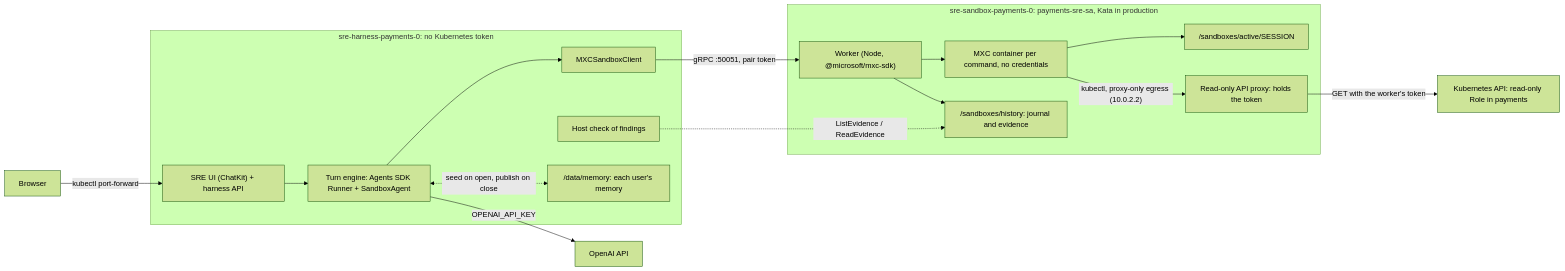
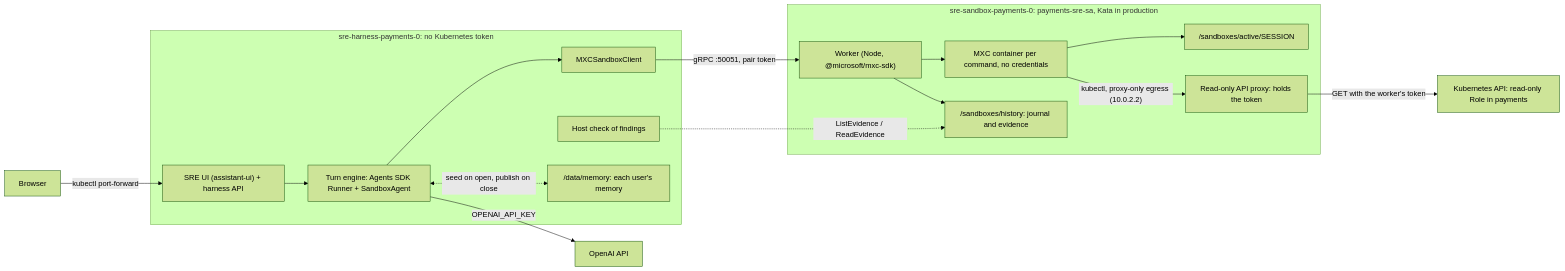
The diagram in docs/architecture.md (SatyKrish/openai-agent-microsandbox), drawn with Mermaid (forest theme) before and after one commit. The commit also changed other lines of this file and 29 other files, not shown here.

````diff
--- a/docs/architecture.md
+++ b/docs/architecture.md
@@ -11,22 +11,22 @@
 ```mermaid
 flowchart LR
     Browser -->|kubectl port-forward| UI
     subgraph Harness["sre-harness-payments-0: no Kubernetes token"]
-        UI["SRE UI (ChatKit) + harness API"] --> Loop["Turn engine: Agents SDK Runner + SandboxAgent"]
+        UI["SRE UI (assistant-ui) + harness API"] --> Loop["Turn engine: Agents SDK Runner + SandboxAgent"]
         Loop --> Client["MXCSandboxClient"]
         Check["Host check of findings"]
         Memory["/data/memory: each user's memory"]
         Loop <-.->|"seed on open, publish on close"| Memory
     end
     Loop -->|"OPENAI_API_KEY"| API["OpenAI API"]
     Client -->|"gRPC :50051, pair token"| Worker
     subgraph Sandbox["sre-sandbox-payments-0: payments-sre-sa, Kata in production"]
         Worker["Worker (Node, @microsoft/mxc-sdk)"]
         Worker --> Container["MXC container per command, no credentials"]
         Worker --> Journal["/sandboxes/history: journal and evidence"]
         Container --> Workspace["/sandboxes/active/SESSION"]
         Container -->|"kubectl, proxy-only egress (10.0.2.2)"| Proxy["Read-only API proxy: holds the token"]
     end
     Proxy -->|"GET with the worker's token"| K8s["Kubernetes API: read-only Role in payments"]
     Check -.->|"ListEvidence / ReadEvidence"| Journal
 ```
````
